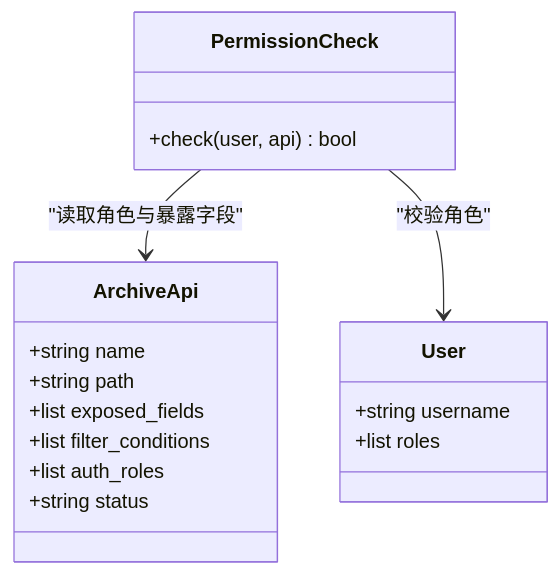
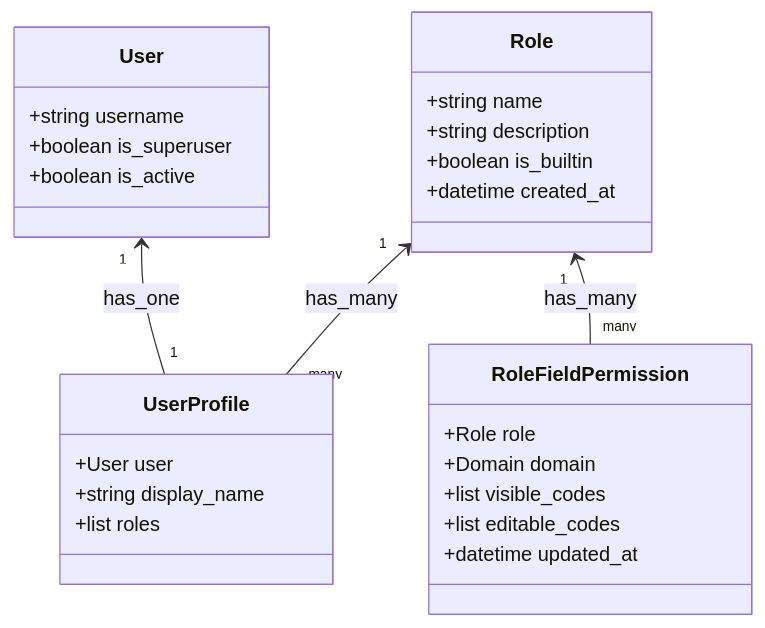
Before and after one commit to zyp-coder/Metadata: the fifth of 7 diagrams in .qoder/repowiki/zh/content/架构设计/后端架构/中间件与安全.md, drawn with Mermaid. The commit also changed other lines of this file and 54 other files, not shown here.

````diff
--- a/.qoder/repowiki/zh/content/架构设计/后端架构/中间件与安全.md
+++ b/.qoder/repowiki/zh/content/架构设计/后端架构/中间件与安全.md
@@ -149,20 +193,29 @@
 ```mermaid
 classDiagram
-class ArchiveApi {
+class Role {
 +string name
-+string path
-+list exposed_fields
-+list filter_conditions
-+list auth_roles
-+string status
++string description
++boolean is_builtin
++datetime created_at
+}
+class UserProfile {
++User user
++string display_name
++list roles
+}
+class RoleFieldPermission {
++Role role
++Domain domain
++list visible_codes
++list editable_codes
++datetime updated_at
 }
 class User {
 +string username
-+list roles
++boolean is_superuser
++boolean is_active
 }
-class PermissionCheck {
-+check(user, api) bool
-}
-PermissionCheck --> ArchiveApi : "读取角色与暴露字段"
-PermissionCheck --> User : "校验角色"
+Role "1" <-- "many" UserProfile : has_many
+Role "1" <-- "many" RoleFieldPermission : has_many
+User "1" <-- "1" UserProfile : has_one
 ```
````
